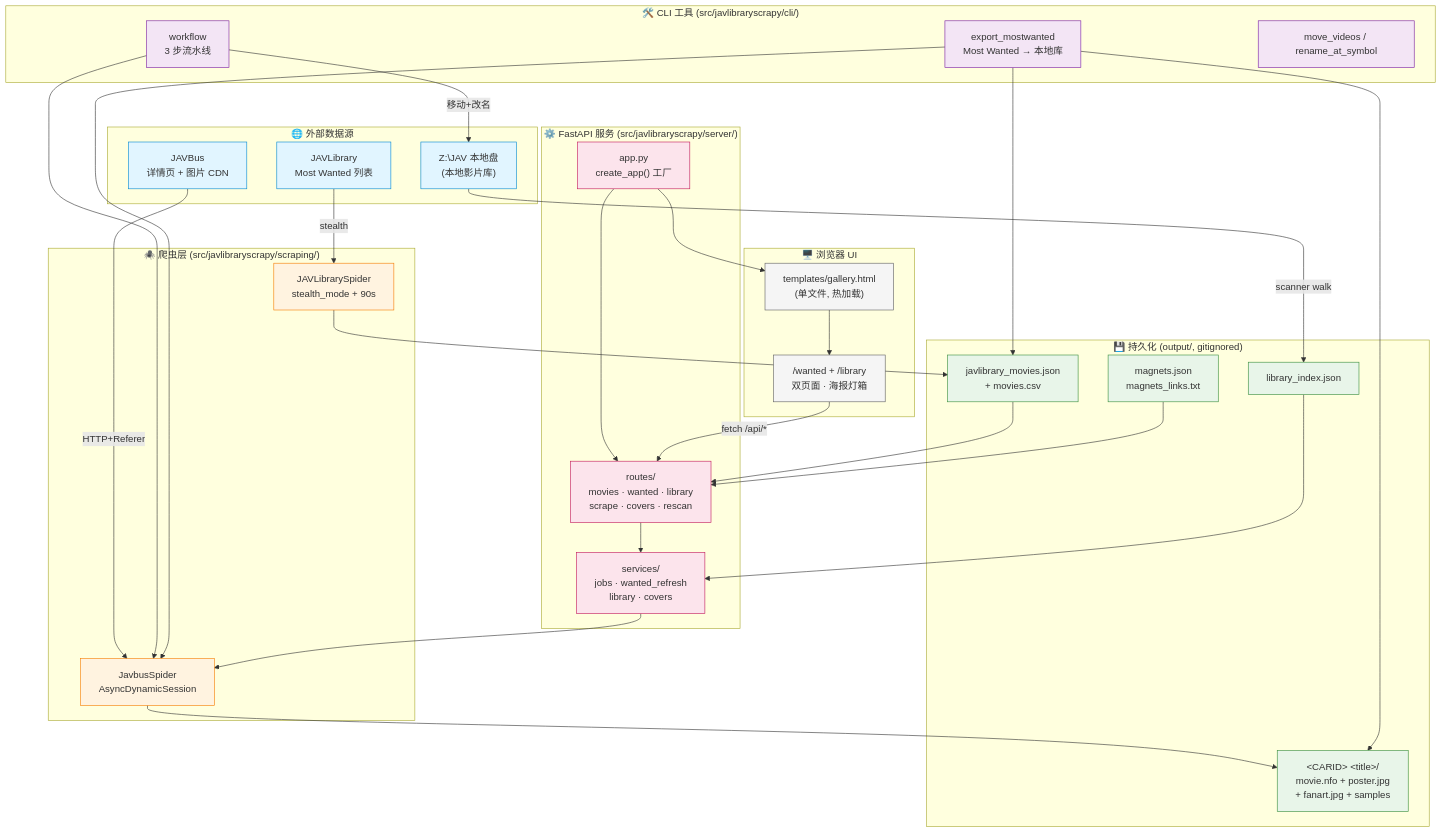
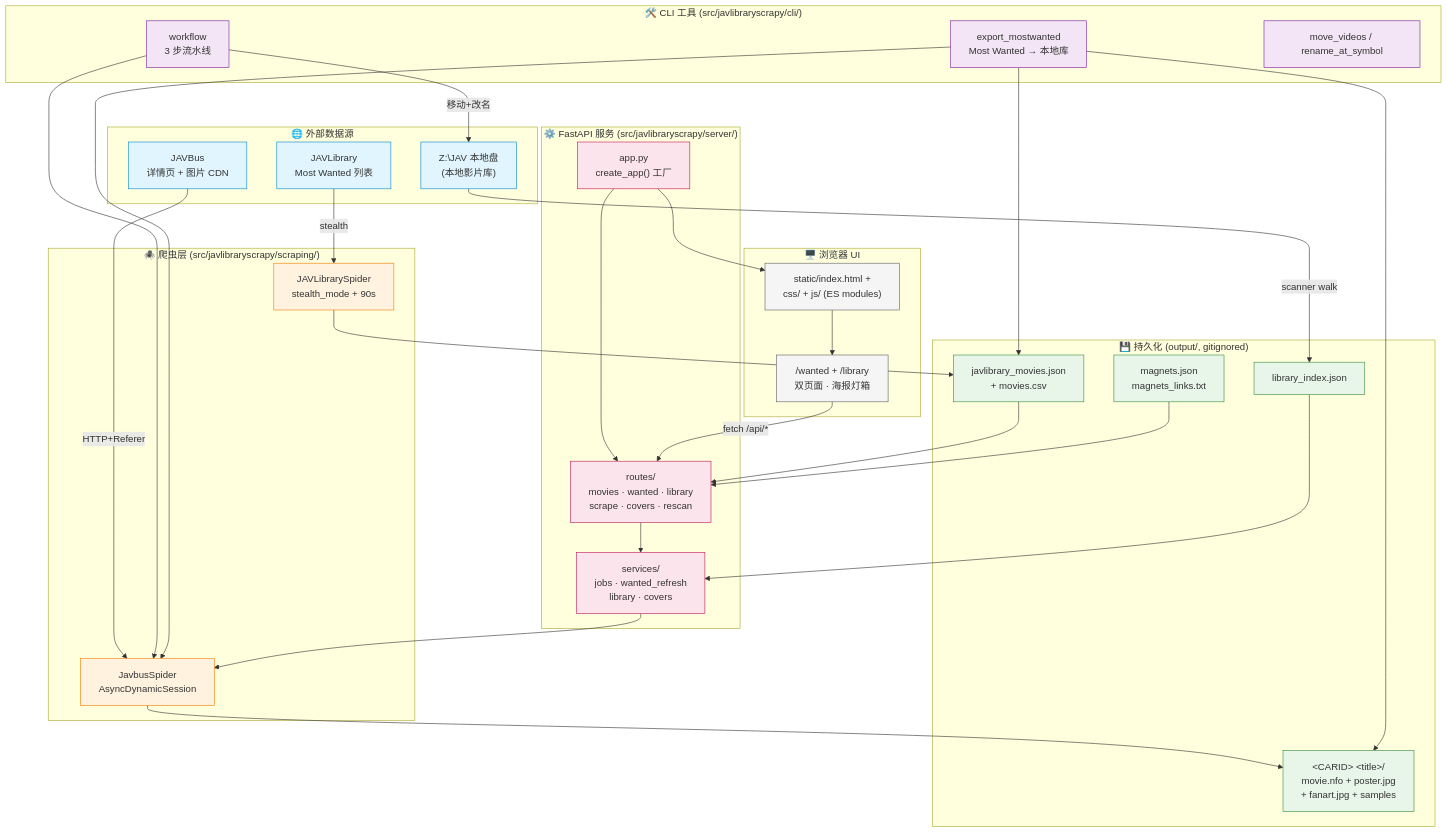
One commit to IzumiHoshi/JavlibraryScrapy changed the first of 4 diagrams in docs/architecture.md. Above: the diagram before and after it, drawn with Mermaid. The commit also changed other lines of this file and 18 other files, not shown here.

First line of the commit message:
refactor(gallery): 把 117KB gallery.html 拆为 static/ ES modules + dev deps

````diff
--- a/docs/architecture.md
+++ b/docs/architecture.md
@@ -20,75 +20,75 @@
 ```mermaid
 flowchart TB
     subgraph External["🌐 外部数据源"]
         JB["JAVBus<br/>详情页 + 图片 CDN"]
         JL["JAVLibrary<br/>Most Wanted 列表"]
         FS["Z:\JAV 本地盘<br/>(本地影片库)"]
     end
 
     subgraph Scrapers["🕷️ 爬虫层 (src/javlibraryscrapy/scraping/)"]
         BS["JavbusSpider<br/>AsyncDynamicSession"]
         LS["JAVLibrarySpider<br/>stealth_mode + 90s"]
     end
 
     subgraph CLI["🛠️ CLI 工具 (src/javlibraryscrapy/cli/)"]
         WF["workflow<br/>3 步流水线"]
         EX["export_mostwanted<br/>Most Wanted → 本地库"]
         MV["move_videos / rename_at_symbol"]
     end
 
     subgraph Storage["💾 持久化 (output/, gitignored)"]
         JSON["javlibrary_movies.json<br/>+ movies.csv"]
         MAG["magnets.json<br/>magnets_links.txt"]
         IDX["library_index.json"]
         NFO["&lt;CARID&gt; &lt;title&gt;/<br/>movie.nfo + poster.jpg<br/>+ fanart.jpg + samples"]
     end
 
     subgraph Server["⚙️ FastAPI 服务 (src/javlibraryscrapy/server/)"]
         APP["app.py<br/>create_app() 工厂"]
         ROUTES["routes/<br/>movies · wanted · library<br/>scrape · covers · rescan"]
         SVC["services/<br/>jobs · wanted_refresh<br/>library · covers"]
     end
 
     subgraph UI["🖥️ 浏览器 UI"]
-        TPL["templates/gallery.html<br/>(单文件, 热加载)"]
+        TPL["static/index.html +<br/>css/ + js/ (ES modules)"]
         PAGE["/wanted  +  /library<br/>双页面 · 海报灯箱"]
     end
 
     JB -->|HTTP+Referer| BS
     JL -->|stealth| LS
     BS --> NFO
     LS --> JSON
 
     WF -->|移动+改名| FS
     WF --> BS
     EX --> JSON
     EX --> BS
     EX --> NFO
 
     JSON --> ROUTES
     MAG --> ROUTES
     IDX --> SVC
     FS -->|scanner walk| IDX
 
     ROUTES --> SVC
     SVC --> BS
     APP --> ROUTES
     APP --> TPL
 
     TPL --> PAGE
     PAGE -->|fetch /api/*| ROUTES
 
     classDef ext fill:#e1f5ff,stroke:#0288d1
     classDef scraper fill:#fff3e0,stroke:#f57c00
     classDef cli fill:#f3e5f5,stroke:#7b1fa2
     classDef store fill:#e8f5e9,stroke:#388e3c
     classDef server fill:#fce4ec,stroke:#c2185b
     classDef ui fill:#f5f5f5,stroke:#616161
 
     class JB,JL,FS ext
     class BS,LS scraper
     class WF,EX,MV cli
     class JSON,MAG,IDX,NFO store
     class APP,ROUTES,SVC server
     class TPL,PAGE ui
 ```
````
